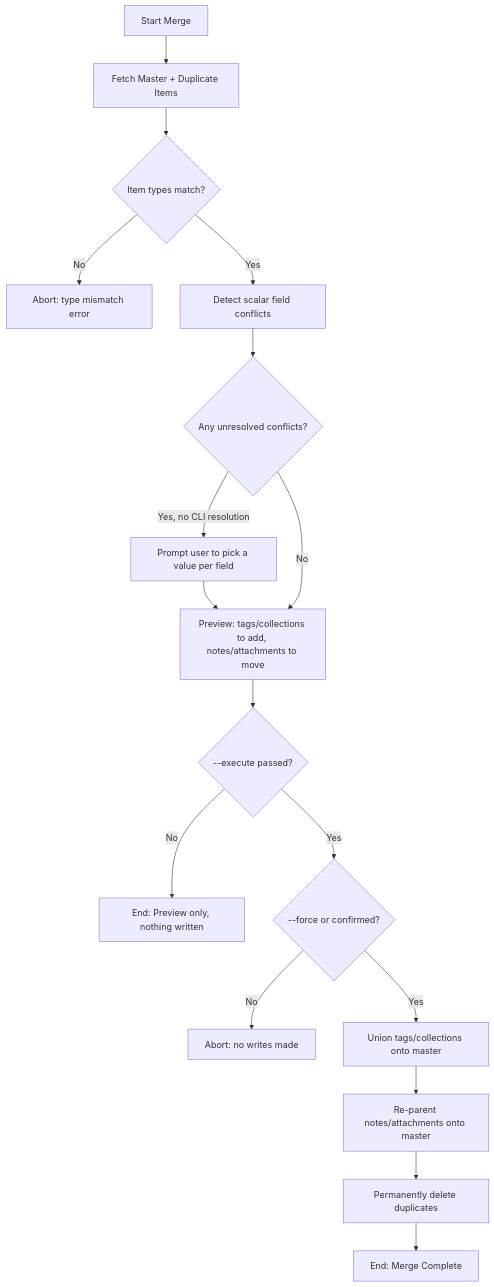
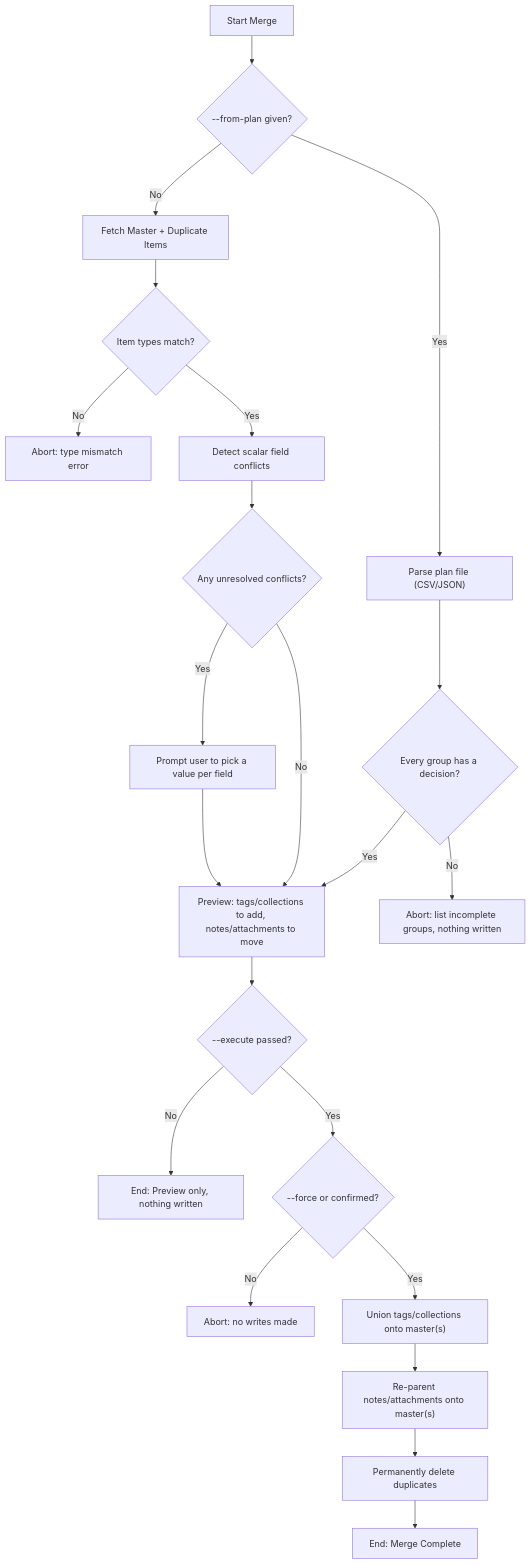
The diagram in docs/help_specs/item_merge.md (fchicout/zotero-cli), drawn with Mermaid before and after one commit. The commit also changed other lines of this file and 12 other files, not shown here.

````diff
--- a/docs/help_specs/item_merge.md
+++ b/docs/help_specs/item_merge.md
@@ -8,19 +8,24 @@
 ```mermaid
 graph TD
-    A["Start Merge"] --> B["Fetch Master + Duplicate Items"]
-    B --> C{"Item types match?"}
-    C -- "No" --> Z["Abort: type mismatch error"]
-    C -- "Yes" --> D["Detect scalar field conflicts"]
-    D --> E{"Any unresolved conflicts?"}
-    E -- "Yes, no CLI resolution" --> F["Prompt user to pick a value per field"]
-    F --> G["Preview: tags/collections to add, notes/attachments to move"]
-    E -- "No" --> G
-    G --> H{"--execute passed?"}
-    H -- "No" --> I["End: Preview only, nothing written"]
-    H -- "Yes" --> J{"--force or confirmed?"}
-    J -- "No" --> K["Abort: no writes made"]
-    J -- "Yes" --> L["Union tags/collections onto master"]
-    L --> M["Re-parent notes/attachments onto master"]
-    M --> N["Permanently delete duplicates"]
-    N --> O["End: Merge Complete"]
+    A["Start Merge"] --> B{"--from-plan given?"}
+    B -- "No" --> C["Fetch Master + Duplicate Items"]
+    C --> D{"Item types match?"}
+    D -- "No" --> Z["Abort: type mismatch error"]
+    D -- "Yes" --> E["Detect scalar field conflicts"]
+    E --> F{"Any unresolved conflicts?"}
+    F -- "Yes" --> G["Prompt user to pick a value per field"]
+    G --> H["Preview: tags/collections to add, notes/attachments to move"]
+    F -- "No" --> H
+    B -- "Yes" --> P["Parse plan file (CSV/JSON)"]
+    P --> Q{"Every group has a decision?"}
+    Q -- "No" --> R["Abort: list incomplete groups, nothing written"]
+    Q -- "Yes" --> H
+    H --> I{"--execute passed?"}
+    I -- "No" --> J["End: Preview only, nothing written"]
+    I -- "Yes" --> K{"--force or confirmed?"}
+    K -- "No" --> L["Abort: no writes made"]
+    K -- "Yes" --> M["Union tags/collections onto master(s)"]
+    M --> N["Re-parent notes/attachments onto master(s)"]
+    N --> O["Permanently delete duplicates"]
+    O --> S["End: Merge Complete"]
 ```
````
